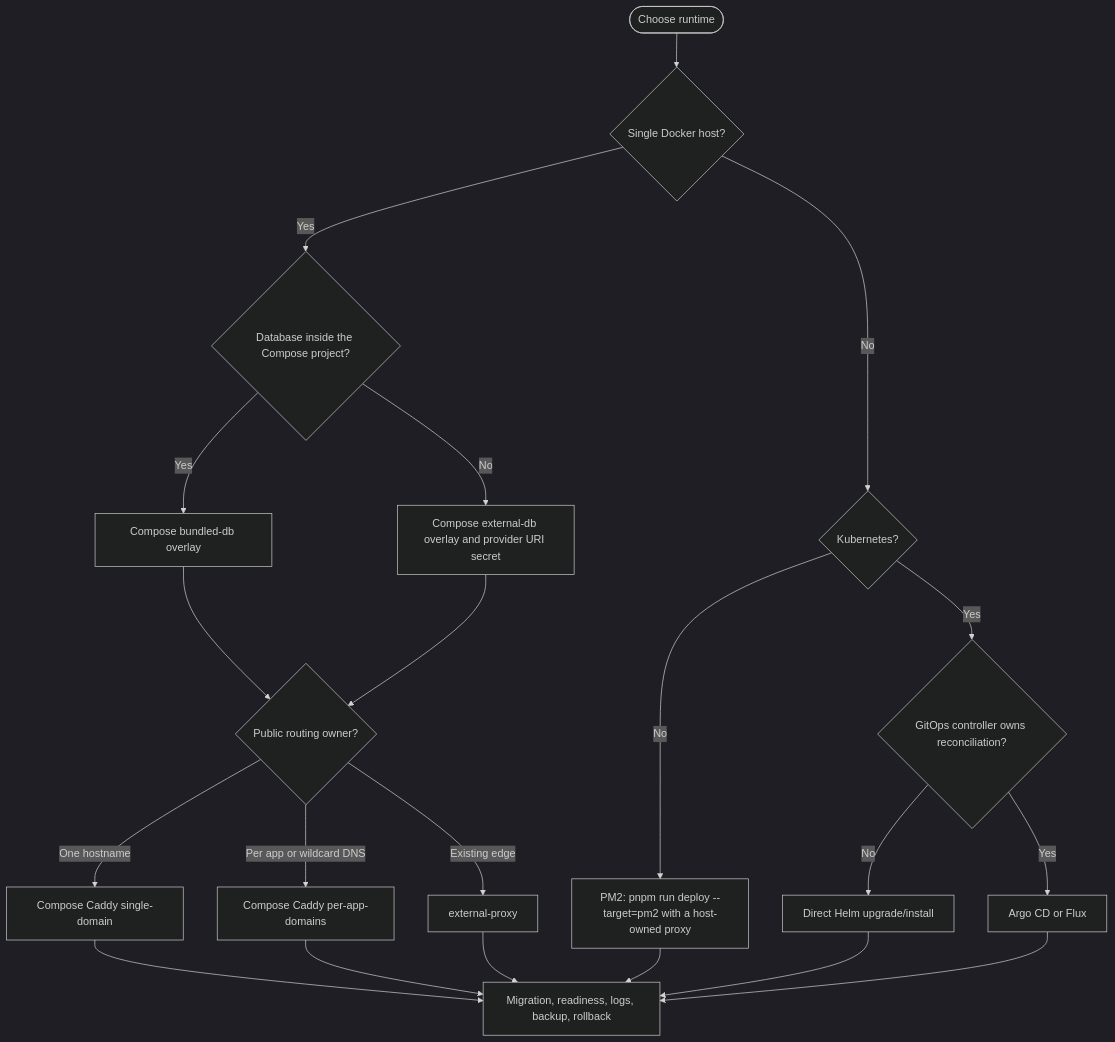
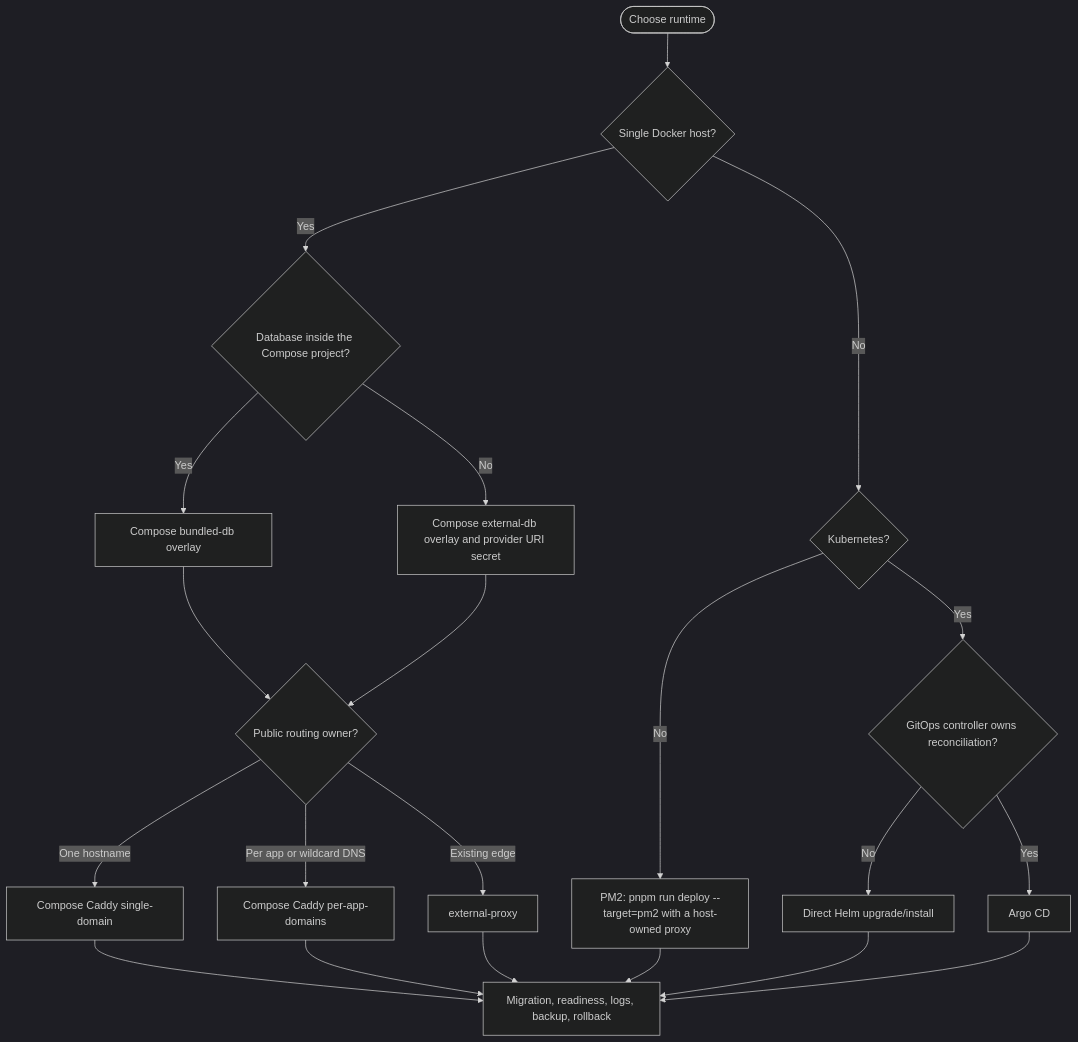
Before and after one commit to nmime/nest-react-boilerplate: the diagram in docs/deployment.md, drawn with Mermaid (dark theme). The commit also changed other lines of this file and 22 other files, not shown here.

First line of the commit message:
chore: drop the Flux GitOps option, keep Argo CD

````diff
--- a/docs/deployment.md
+++ b/docs/deployment.md
@@ -118,23 +118,23 @@
 ```mermaid
 flowchart TD
   start([Choose runtime]) --> host{Single Docker host?}
   host -- Yes --> db{Database inside the Compose project?}
   db -- Yes --> bundled[Compose bundled-db overlay]
   db -- No --> external[Compose external-db overlay and provider URI secret]
   bundled --> domains{Public routing owner?}
   external --> domains
   domains -- One hostname --> single[Compose Caddy single-domain]
   domains -- Per app or wildcard DNS --> multi[Compose Caddy per-app-domains]
   domains -- Existing edge --> proxy[external-proxy]
   host -- No --> k8s{Kubernetes?}
   k8s -- No --> pm2[PM2: pnpm run deploy --target=pm2 with a host-owned proxy]
   k8s -- Yes --> controller{GitOps controller owns reconciliation?}
   controller -- No --> helm[Direct Helm upgrade/install]
-  controller -- Yes --> gitops[Argo CD or Flux]
+  controller -- Yes --> gitops[Argo CD]
   single --> verify[Migration, readiness, logs, backup, rollback]
   multi --> verify
   proxy --> verify
   pm2 --> verify
   helm --> verify
   gitops --> verify
 ```
````
